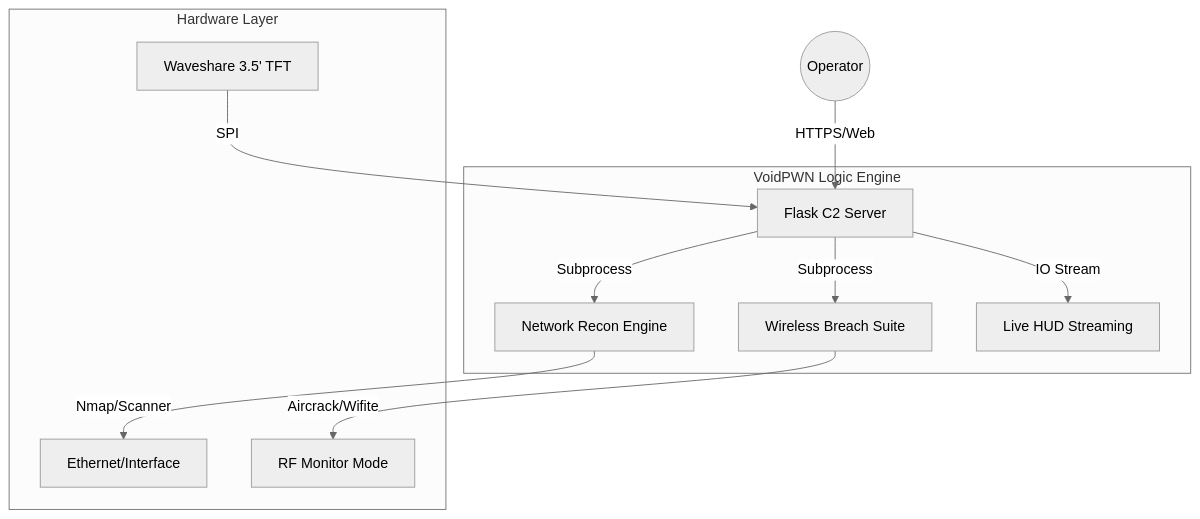
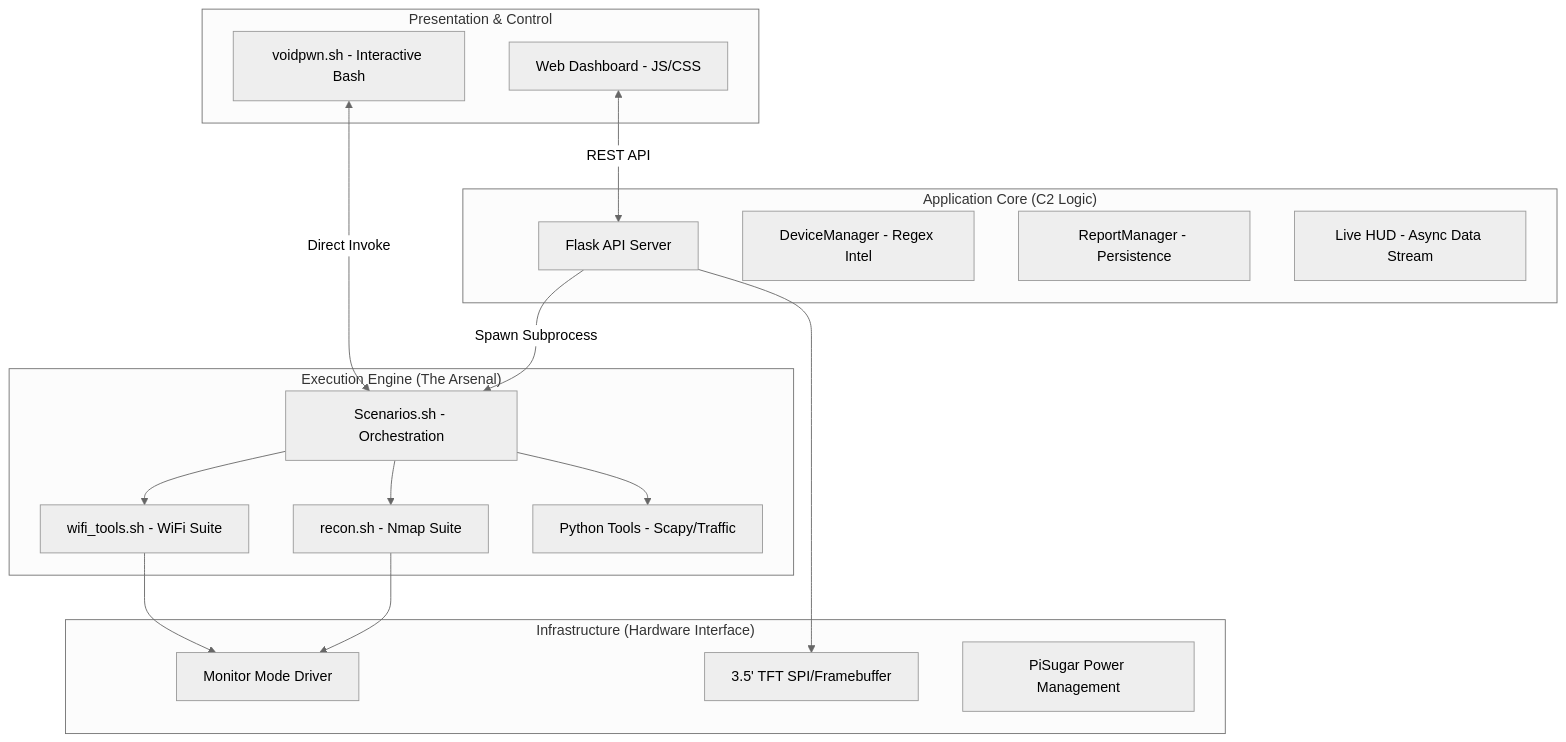
Before and after one commit to void0x11/VoidPWN: the first of 2 diagrams in README.md, drawn with Mermaid (neutral theme). The commit also changed other lines of this file, not shown here.

````diff
--- a/README.md
+++ b/README.md
@@ -29,14 +33,34 @@
 ```mermaid
-graph TD
-    User((Operator)) -->|HTTPS/Web| C2[Flask C2 Server]
-    subgraph "VoidPWN Logic Engine"
-        C2 -->|Subprocess| RECON[Network Recon Engine]
-        C2 -->|Subprocess| WIFI[Wireless Breach Suite]
-        C2 -->|IO Stream| HUD[Live HUD Streaming]
+graph TB
+    subgraph "Presentation & Control"
+        UI[Web Dashboard - JS/CSS]
+        CLI[voidpwn.sh - Interactive Bash]
     end
-    subgraph "Hardware Layer"
-        RECON -->|Nmap/Scanner| ETH[Ethernet/Interface]
-        WIFI -->|Aircrack/Wifite| RF[RF Monitor Mode]
-        TFT[Waveshare 3.5' TFT] -->|SPI| C2
+
+    subgraph "Application Core (C2 Logic)"
+        SVR[Flask API Server]
+        DMG[DeviceManager - Regex Intel]
+        RMG[ReportManager - Persistence]
+        HUD[Live HUD - Async Data Stream]
     end
+
+    subgraph "Execution Engine (The Arsenal)"
+        SCN[Scenarios.sh - Orchestration]
+        WIFI[wifi_tools.sh - WiFi Suite]
+        REC[recon.sh - Nmap Suite]
+        PYT[Python Tools - Scapy/Traffic]
+    end
+
+    subgraph "Infrastructure (Hardware Interface)"
+        MON[Monitor Mode Driver]
+        SPI[3.5' TFT SPI/Framebuffer]
+        PIS[PiSugar Power Management]
+    end
+
+    UI <-->|REST API| SVR
+    CLI <-->|Direct Invoke| SCN
+    SVR -->|Spawn Subprocess| SCN
+    SCN --> WIFI & REC & PYT
+    WIFI & REC --> MON
+    SVR --> SPI
 ```
````
